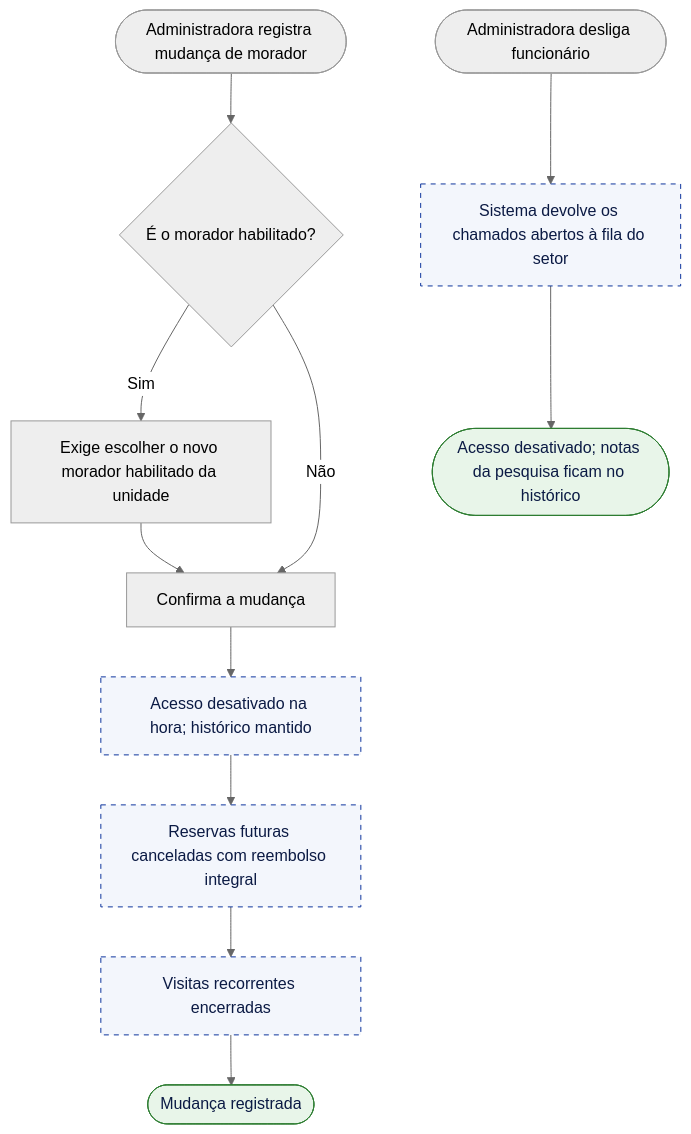
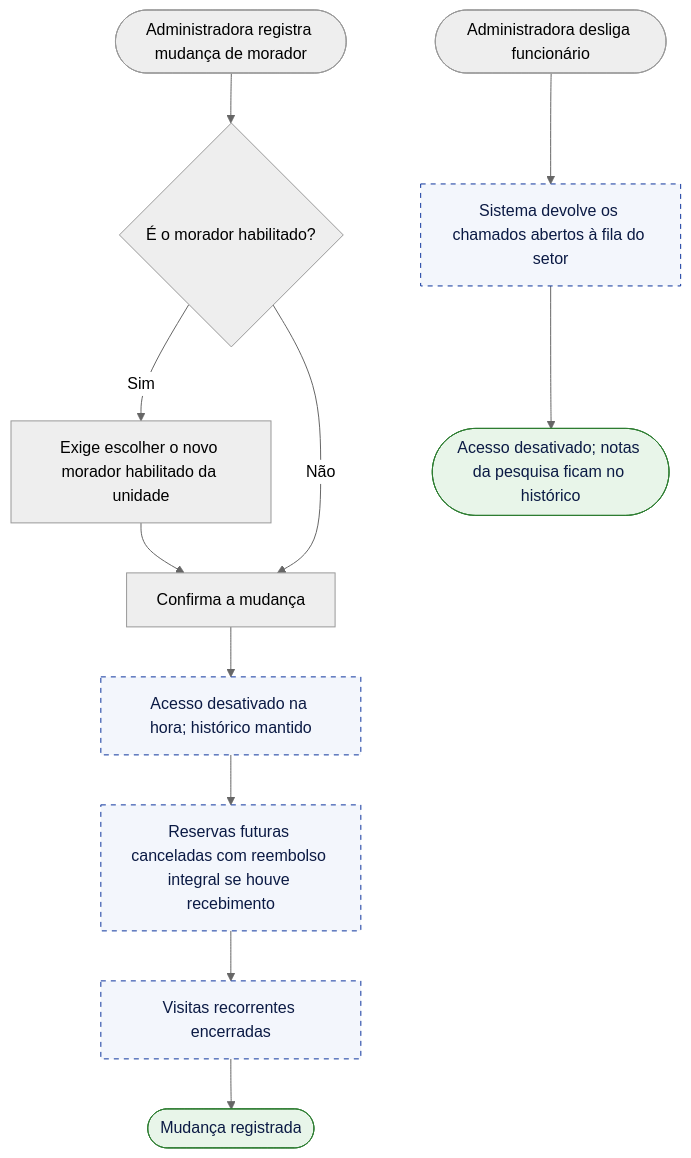
Before and after one commit to pedrolems/CondomiFacil: the fifth of 31 diagrams in docs/02-design/02-user-flows.md, drawn with Mermaid (neutral theme). The commit also changed other lines of this file and 8 other files, not shown here.

````diff
--- a/docs/02-design/02-user-flows.md
+++ b/docs/02-design/02-user-flows.md
@@ -261,17 +263,17 @@
 ```mermaid
 flowchart TD
     A(["Administradora registra mudança de morador"]) --> B{"É o morador habilitado?"}
     B -->|"Sim"| C["Exige escolher o novo morador habilitado da unidade"]
     B -->|"Não"| D
     C --> D["Confirma a mudança"]
     D --> S1["Acesso desativado na hora; histórico mantido"]
-    S1 --> S2["Reservas futuras canceladas com reembolso integral"]
+    S1 --> S2["Reservas futuras canceladas com reembolso integral se houve recebimento"]
     S2 --> S3["Visitas recorrentes encerradas"]
     S3 --> Z(["Mudança registrada"])
     F(["Administradora desliga funcionário"]) --> F1["Sistema devolve os chamados abertos à fila do setor"]
     F1 --> F2(["Acesso desativado; notas da pesquisa ficam no histórico"])
     classDef ok fill:#E8F5E9,stroke:#2E7D32,color:#0B1A44
     classDef sis fill:#F3F6FC,stroke:#0E359D,stroke-dasharray:5 5,color:#0B1A44
     class Z,F2 ok
     class S1,S2,S3,F1 sis
 ```
````
